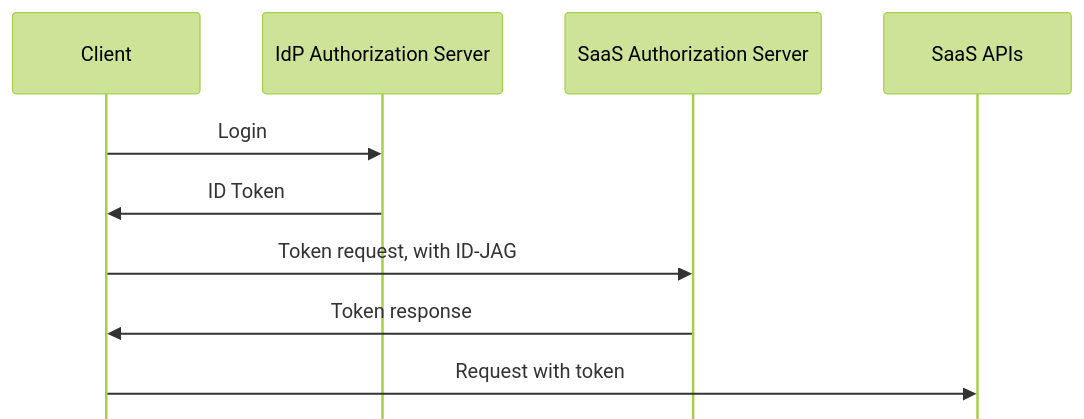
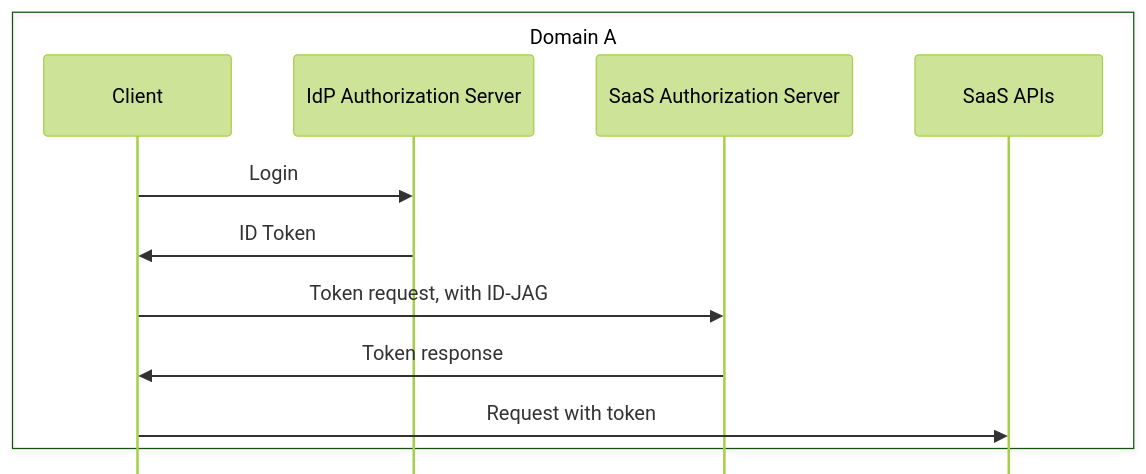
The fifth of 6 diagrams in seq/flows.md (stianst/playground), drawn with Mermaid (forest theme) before and after one commit.

Commit message:
Update sequence diagram in flows.md

````diff
--- a/seq/flows.md
+++ b/seq/flows.md
@@ -88,17 +88,19 @@
 ```mermaid
 ---
 config:
     mirrorActors: false
 ---
 sequenceDiagram
+    box Domain A
     participant C as Client
     participant IDP as IdP Authorization Server
     participant RSA as SaaS Authorization Server
     participant RS as SaaS APIs
+    end
 
     C->>IDP: Login
     IDP->>C: ID Token
     C->>RSA: Token request, with ID-JAG
     RSA->>C: Token response
     C->>RS: Request with token
 ```
````
